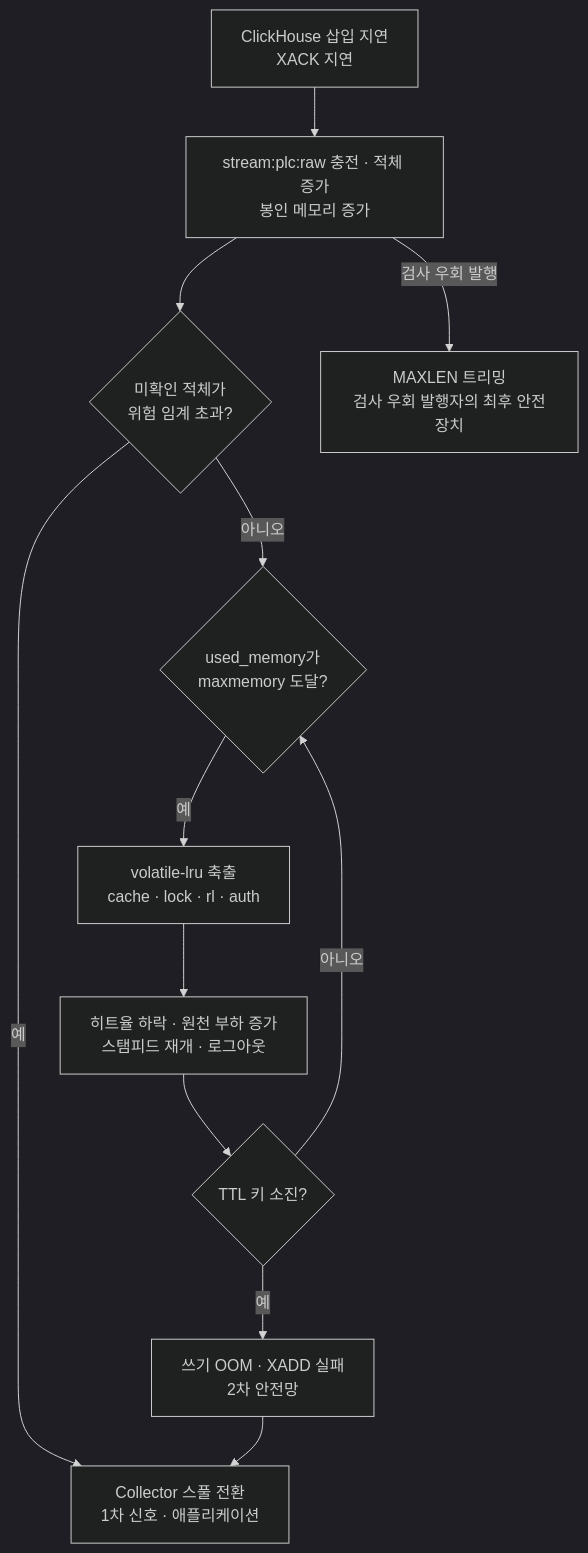
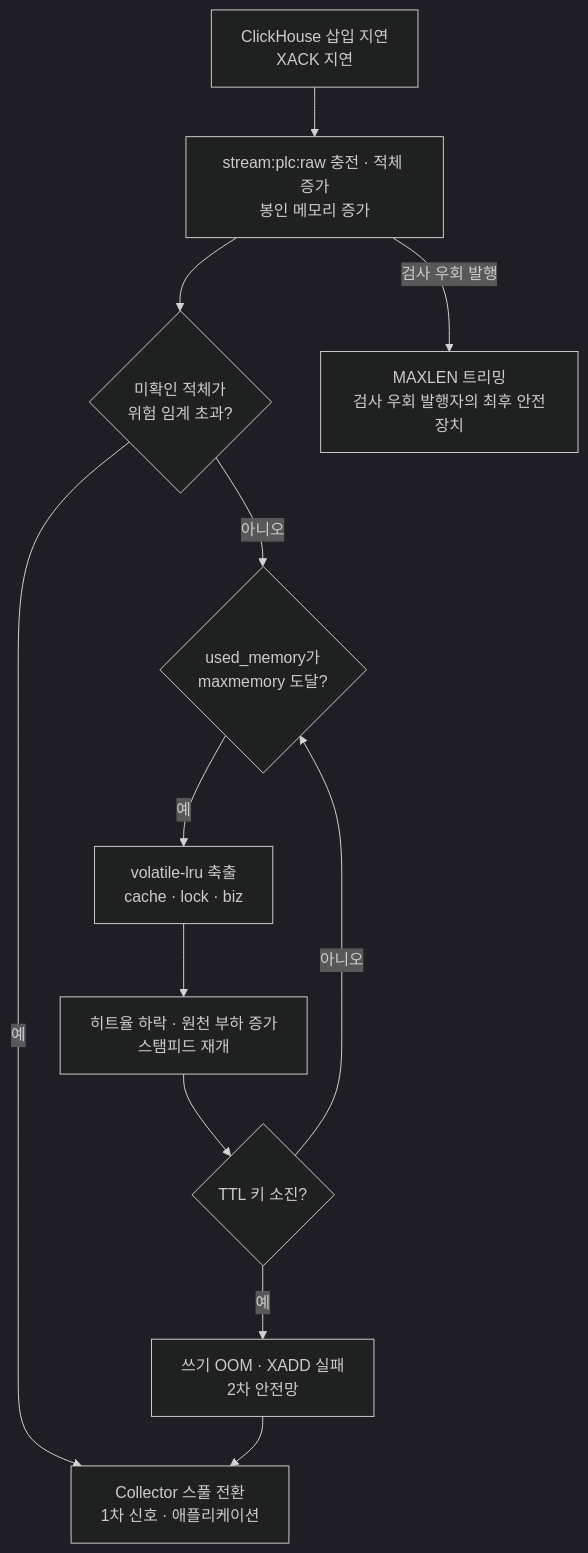
One commit to jaepil02/db_study changed the diagram in docs/05_data_stores/06_redis_memory.md. Above: the diagram before and after it, drawn with Mermaid (dark theme). The commit also changed other lines of this file and 128 other files, not shown here.

````diff
--- a/docs/05_data_stores/06_redis_memory.md
+++ b/docs/05_data_stores/06_redis_memory.md
@@ -115,21 +114,21 @@
 ```mermaid
 flowchart TB
     A["ClickHouse 삽입 지연<br/>XACK 지연"]
     B["stream:plc:raw 충전 · 적체 증가<br/>봉인 메모리 증가"]
     C{"미확인 적체가<br/>위험 임계 초과?"}
     D["Collector 스풀 전환<br/>1차 신호 · 애플리케이션"]
     E{"used_memory가<br/>maxmemory 도달?"}
-    F["volatile-lru 축출<br/>cache · lock · rl · auth"]
-    G["히트율 하락 · 원천 부하 증가<br/>스탬피드 재개 · 로그아웃"]
+    F["volatile-lru 축출<br/>cache · lock · biz"]
+    G["히트율 하락 · 원천 부하 증가<br/>스탬피드 재개"]
     H{"TTL 키 소진?"}
     I["쓰기 OOM · XADD 실패<br/>2차 안전망"]
     J["MAXLEN 트리밍<br/>검사 우회 발행자의 최후 안전장치"]
 
     A --> B --> C
     C -->|"예"| D
     C -->|"아니오"| E
     B -->|"검사 우회 발행"| J
     E -->|"예"| F --> G --> H
     H -->|"예"| I --> D
     H -->|"아니오"| E
 ```
````
